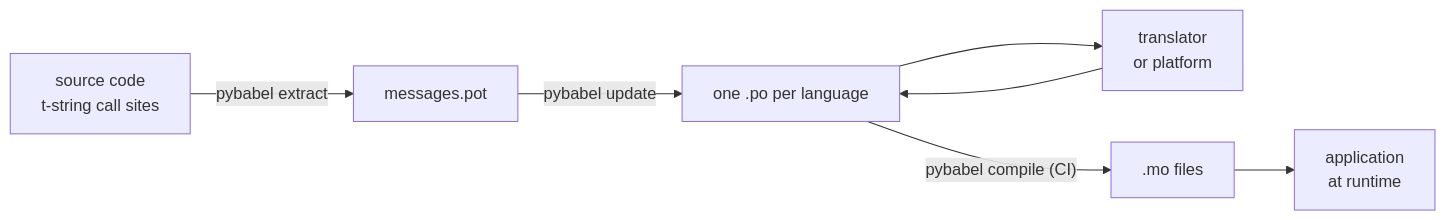
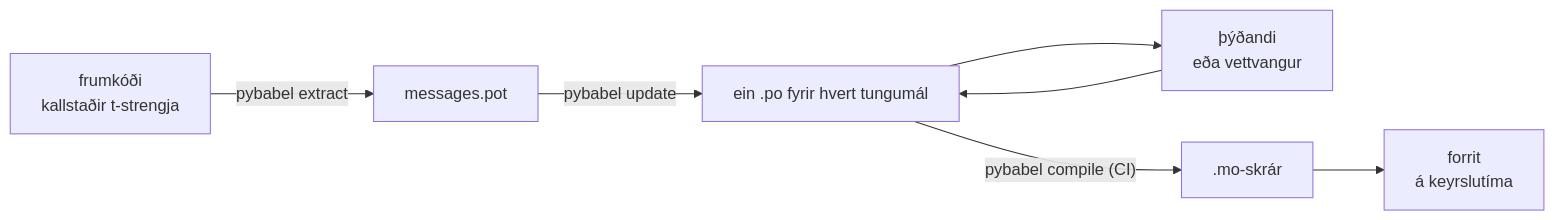
Before and after one commit to yhay81/gettext-tstrings: the diagram in i18n/is/docs/workflow.md, drawn with Mermaid. The commit also changed other lines of this file and 181 other files, not shown here.

````diff
--- a/i18n/is/docs/workflow.md
+++ b/i18n/is/docs/workflow.md
@@ -38,9 +39,9 @@
 ```mermaid
 flowchart LR
-  code["source code<br>t-string call sites"] -->|"pybabel extract"| pot["messages.pot"]
-  pot -->|"pybabel update"| po["one .po per language"]
-  po --> tr["translator<br>or platform"]
+  code["frumkóði<br>kallstaðir t-strengja"] -->|"pybabel extract"| pot["messages.pot"]
+  pot -->|"pybabel update"| po["ein .po fyrir hvert tungumál"]
+  po --> tr["þýðandi<br>eða vettvangur"]
   tr --> po
-  po -->|"pybabel compile (CI)"| mo[".mo files"]
-  mo --> app["application<br>at runtime"]
+  po -->|"pybabel compile (CI)"| mo[".mo-skrár"]
+  mo --> app["forrit<br>á keyrslutíma"]
 ```
````
